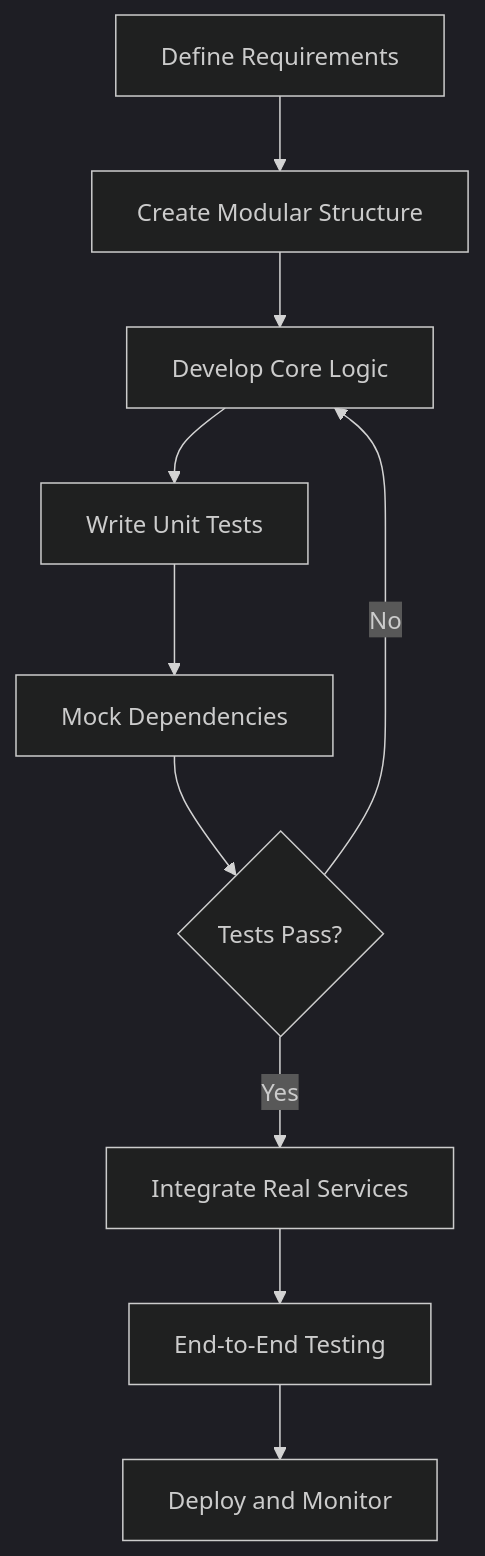
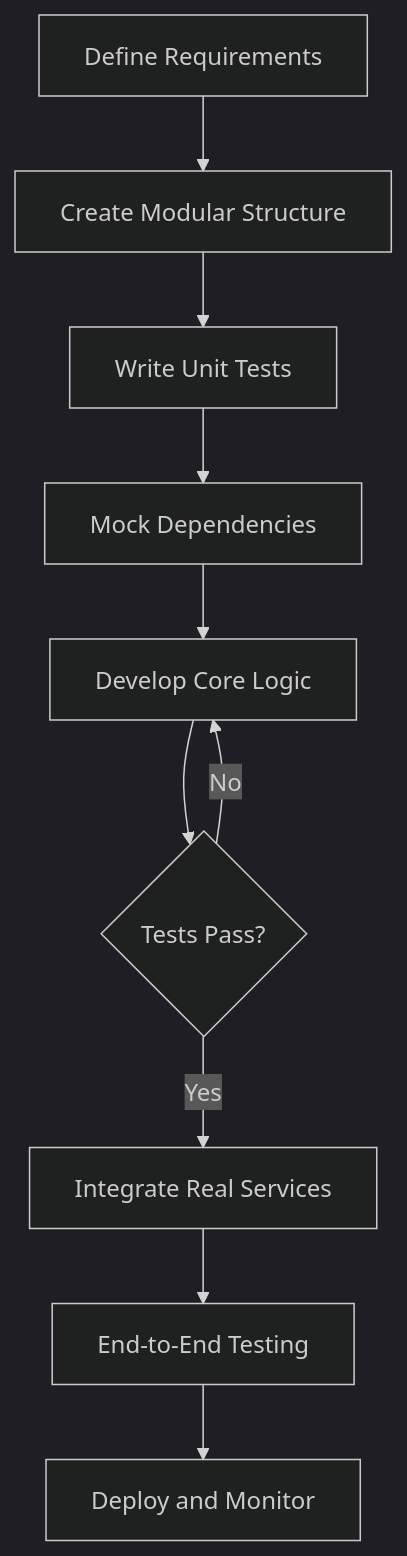
Before and after one commit to victorstack-ai/agent-blog: the first of 2 diagrams in blog/2026-02-21-agentic-ai-without-vibe-coding.md, drawn with Mermaid (dark theme). The commit also changed other lines of this file and 30 other files, not shown here.

````diff
--- a/blog/2026-02-21-agentic-ai-without-vibe-coding.md
+++ b/blog/2026-02-21-agentic-ai-without-vibe-coding.md
@@ -53,12 +53,12 @@
 ```mermaid
 flowchart TD
     A[Define Requirements] --> B[Create Modular Structure]
-    B --> C[Develop Core Logic]
-    C --> D[Write Unit Tests]
-    D --> E[Mock Dependencies]
+    B --> C[Write Unit Tests]
+    C --> D[Mock Dependencies]
+    D --> E[Develop Core Logic]
     E --> F{Tests Pass?}
     F -->|Yes| G[Integrate Real Services]
-    F -->|No| C
+    F -->|No| E
     G --> H[End-to-End Testing]
     H --> I[Deploy and Monitor]
 ```
````
